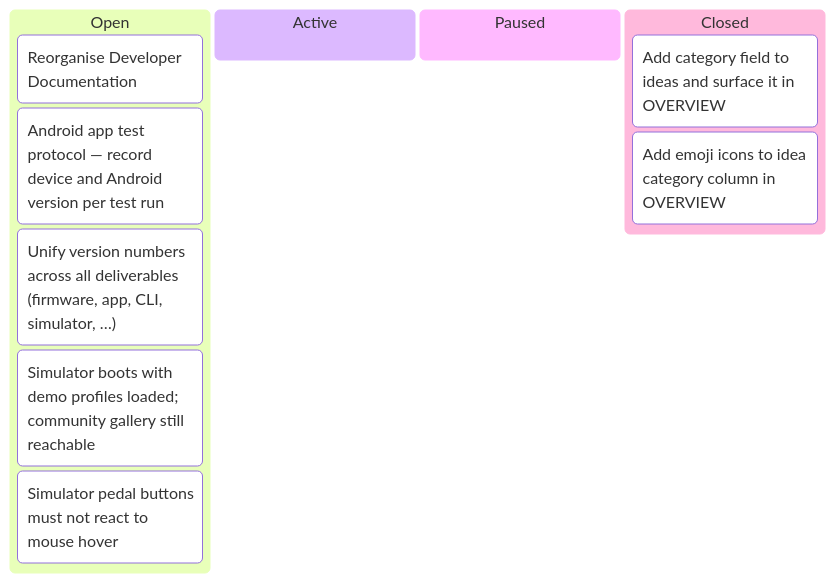
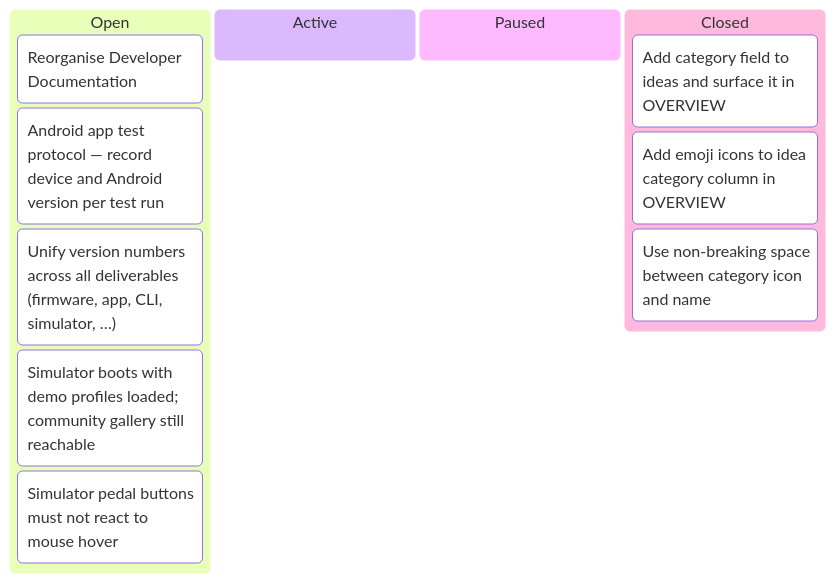
Before and after one commit to tgd1975/AwesomeStudioPedal: the sixth of 6 diagrams in docs/developers/tasks/KANBAN.md, drawn with Mermaid. The commit also changed other lines of this file and 8 other files, not shown here.

Commit message:
close TASK-314: Use non-breaking space between category icon and name

````diff
--- a/docs/developers/tasks/KANBAN.md
+++ b/docs/developers/tasks/KANBAN.md
@@ -92,14 +92,15 @@
 ```mermaid
 kanban
   Open
     TASK_148["Reorganise Developer Documentation"]
     TASK_259["Android app test protocol — record device and Android version per test run"]
     TASK_260["Unify version numbers across all deliverables (firmware, app, CLI, simulator, …)"]
     TASK_303["Simulator boots with demo profiles loaded; community gallery still reachable"]
     TASK_304["Simulator pedal buttons must not react to mouse hover"]
   Active
   Paused
   Closed
     TASK_305["Add category field to ideas and surface it in OVERVIEW"]
     TASK_313["Add emoji icons to idea category column in OVERVIEW"]
+    TASK_314["Use non-breaking space between category icon and name"]
 ```
````
